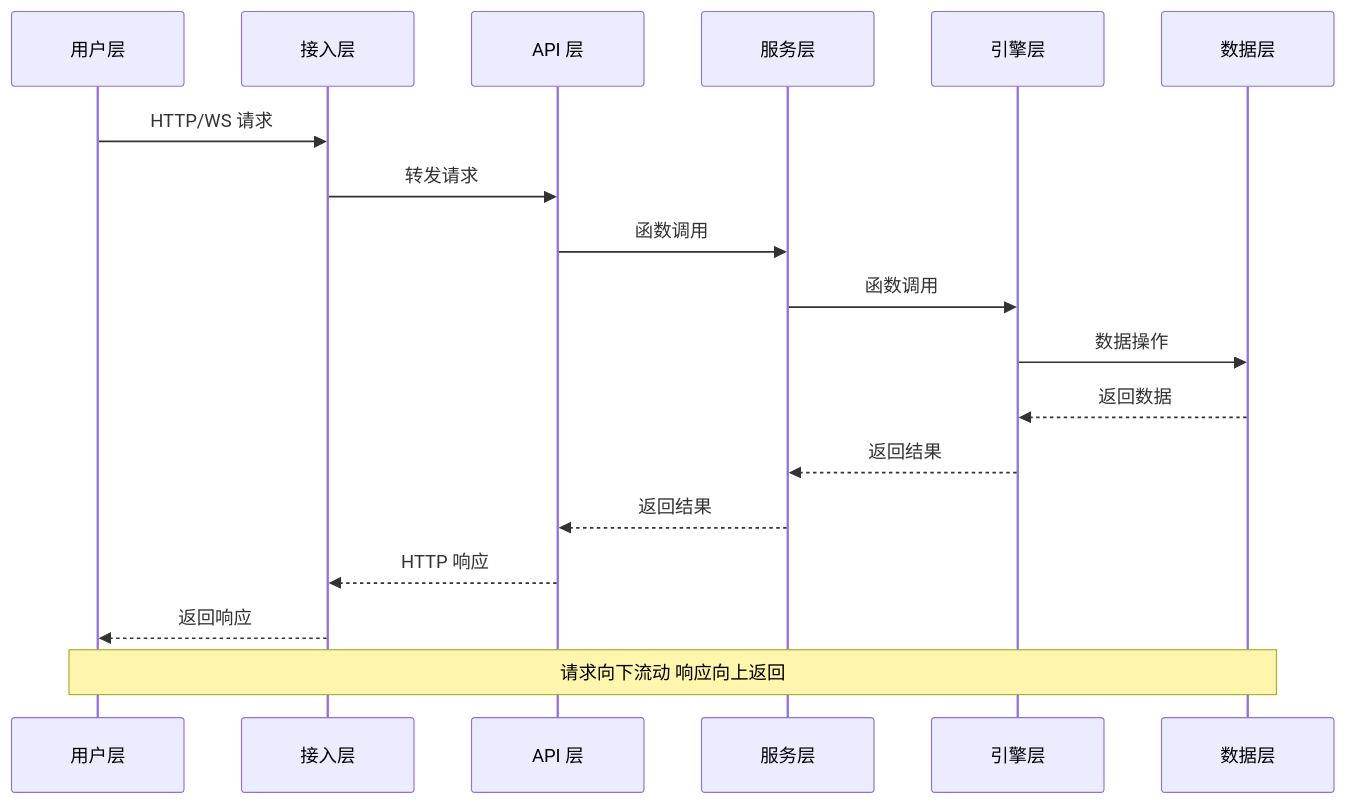
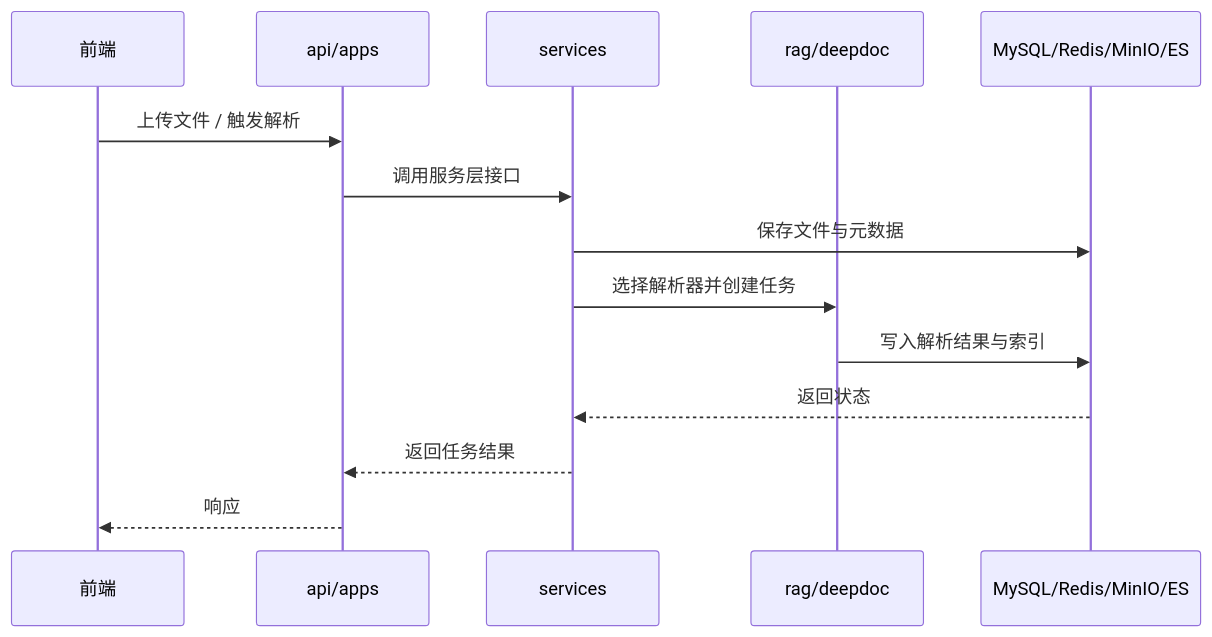
Before and after one commit to hata33/ragflow: the second of 2 diagrams in wiki/01-架构设计/002-分层设计.md, drawn with Mermaid. The commit also changed other lines of this file and 30 other files, not shown here.

````diff
--- a/wiki/01-架构设计/002-分层设计.md
+++ b/wiki/01-架构设计/002-分层设计.md
@@ -170,22 +164,17 @@
 ```mermaid
 sequenceDiagram
-    participant U as 用户层
-    participant A as 接入层
-    participant API as API 层
-    participant S as 服务层
-    participant E as 引擎层
-    participant D as 数据层
+    participant FE as 前端
+    participant API as api/apps
+    participant SVC as services
+    participant ENG as rag/deepdoc
+    participant DATA as MySQL/Redis/MinIO/ES
 
-    U->>A: HTTP/WS 请求
-    A->>API: 转发请求
-    API->>S: 函数调用
-    S->>E: 函数调用
-    E->>D: 数据操作
-    D-->>E: 返回数据
-    E-->>S: 返回结果
-    S-->>API: 返回结果
-    API-->>A: HTTP 响应
-    A-->>U: 返回响应
-
-    Note over U,D:请求向下流动 响应向上返回
+    FE->>API: 上传文件 / 触发解析
+    API->>SVC: 调用服务层接口
+    SVC->>DATA: 保存文件与元数据
+    SVC->>ENG: 选择解析器并创建任务
+    ENG->>DATA: 写入解析结果与索引
+    DATA-->>SVC: 返回状态
+    SVC-->>API: 返回任务结果
+    API-->>FE: 响应
 ```
````
